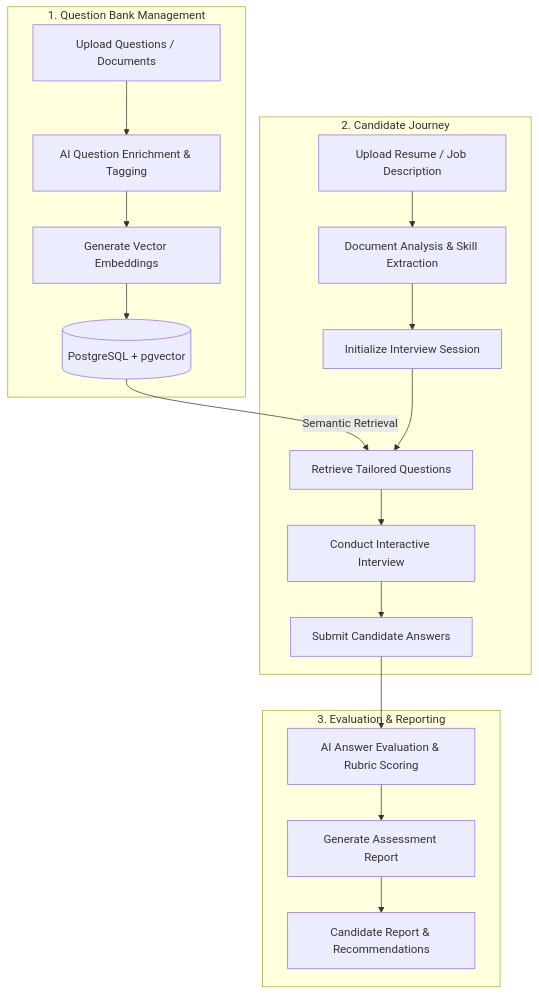
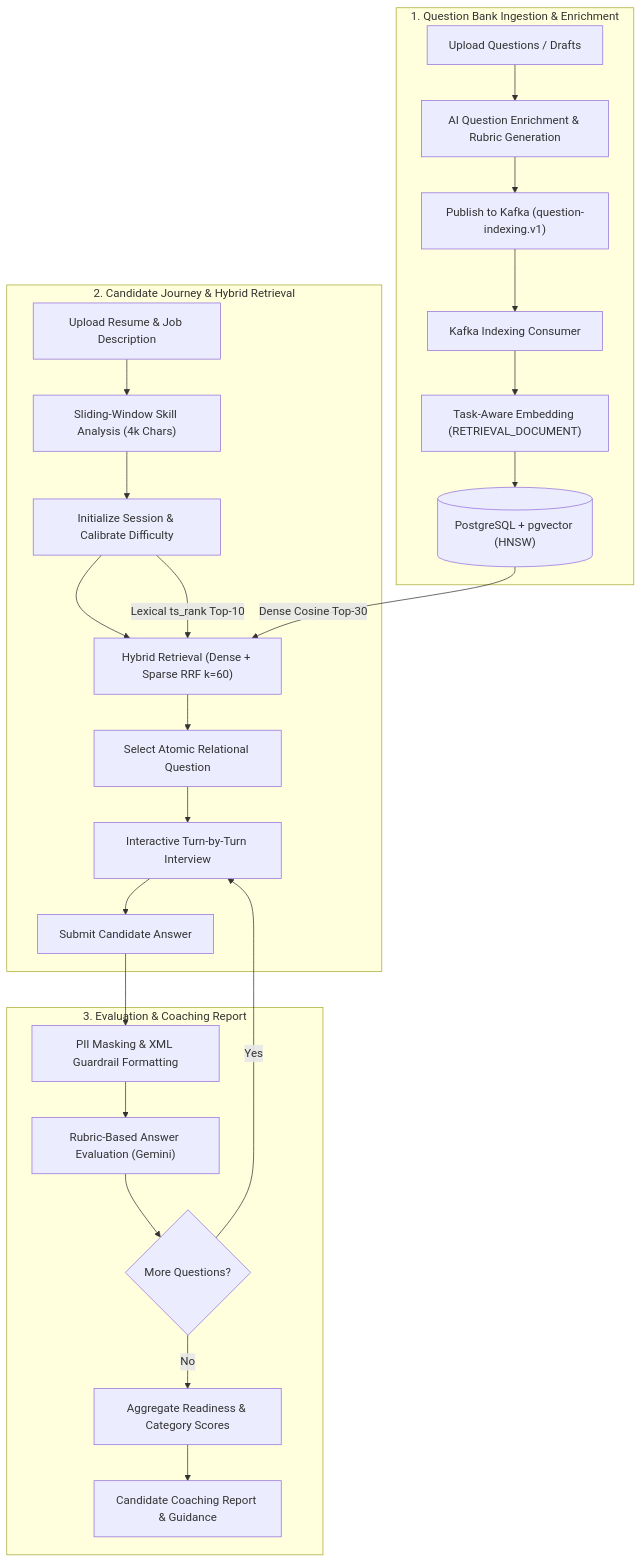
The diagram in README.md (shiv159/automated-interview), drawn with Mermaid before and after one commit. The commit also changed other lines of this file, not shown here.

Commit message:
docs: modernize README with RAG pipeline architecture, updated production URLs, and clean up redundant notes

````diff
--- a/README.md
+++ b/README.md
@@ -60,23 +51,30 @@
 ```mermaid
 flowchart TD
-    subgraph Admin ["1. Question Bank Management"]
-        QB_Upload[Upload Questions / Documents] --> AI_Enrich[AI Question Enrichment & Tagging]
-        AI_Enrich --> Embed[Generate Vector Embeddings]
-        Embed --> PG_Vector[(PostgreSQL + pgvector)]
+    subgraph Admin ["1. Question Bank Ingestion & Enrichment"]
+        QB_Upload["Upload Questions / Drafts"] --> AI_Enrich["AI Question Enrichment & Rubric Generation"]
+        AI_Enrich --> Kafka_Pub["Publish to Kafka (question-indexing.v1)"]
+        Kafka_Pub --> Kafka_Sub["Kafka Indexing Consumer"]
+        Kafka_Sub --> Asym_Embed["Task-Aware Embedding (RETRIEVAL_DOCUMENT)"]
+        Asym_Embed --> PG_Vector[("PostgreSQL + pgvector (HNSW)")]
     end
 
-    subgraph Candidate_Flow ["2. Candidate Journey"]
-        Upload_Resume[Upload Resume / Job Description] --> Doc_Analysis[Document Analysis & Skill Extraction]
-        Doc_Analysis --> Init_Session[Initialize Interview Session]
-        PG_Vector -->|Semantic Retrieval| Match_Q[Retrieve Tailored Questions]
-        Init_Session --> Match_Q
-        Match_Q --> Live_Interview[Conduct Interactive Interview]
-        Live_Interview --> Candidate_Answers[Submit Candidate Answers]
+    subgraph Candidate_Flow ["2. Candidate Journey & Hybrid Retrieval"]
+        Upload_Docs["Upload Resume & Job Description"] --> Chunk_Analysis["Sliding-Window Skill Analysis (4k Chars)"]
+        Chunk_Analysis --> Init_Session["Initialize Session & Calibrate Difficulty"]
+        Init_Session --> Hybrid_Search["Hybrid Retrieval (Dense + Sparse RRF k=60)"]
+        PG_Vector -->|Dense Cosine Top-30| Hybrid_Search
+        Init_Session -->|Lexical ts_rank Top-10| Hybrid_Search
+        Hybrid_Search --> Atomic_Q["Select Atomic Relational Question"]
+        Atomic_Q --> Live_Interview["Interactive Turn-by-Turn Interview"]
+        Live_Interview --> Candidate_Ans["Submit Candidate Answer"]
     end
 
-    subgraph Evaluation ["3. Evaluation & Reporting"]
-        Candidate_Answers --> AI_Eval[AI Answer Evaluation & Rubric Scoring]
-        AI_Eval --> Report_Gen[Generate Assessment Report]
-        Report_Gen --> Final_Report[Candidate Report & Recommendations]
+    subgraph Evaluation ["3. Evaluation & Coaching Report"]
+        Candidate_Ans --> PII_Sanitize["PII Masking & XML Guardrail Formatting"]
+        PII_Sanitize --> AI_Eval["Rubric-Based Answer Evaluation (Gemini)"]
+        AI_Eval --> Next_Q{"More Questions?"}
+        Next_Q -- Yes --> Live_Interview
+        Next_Q -- No --> Report_Gen["Aggregate Readiness & Category Scores"]
+        Report_Gen --> Final_Report["Candidate Coaching Report & Guidance"]
     end
 ```
````
